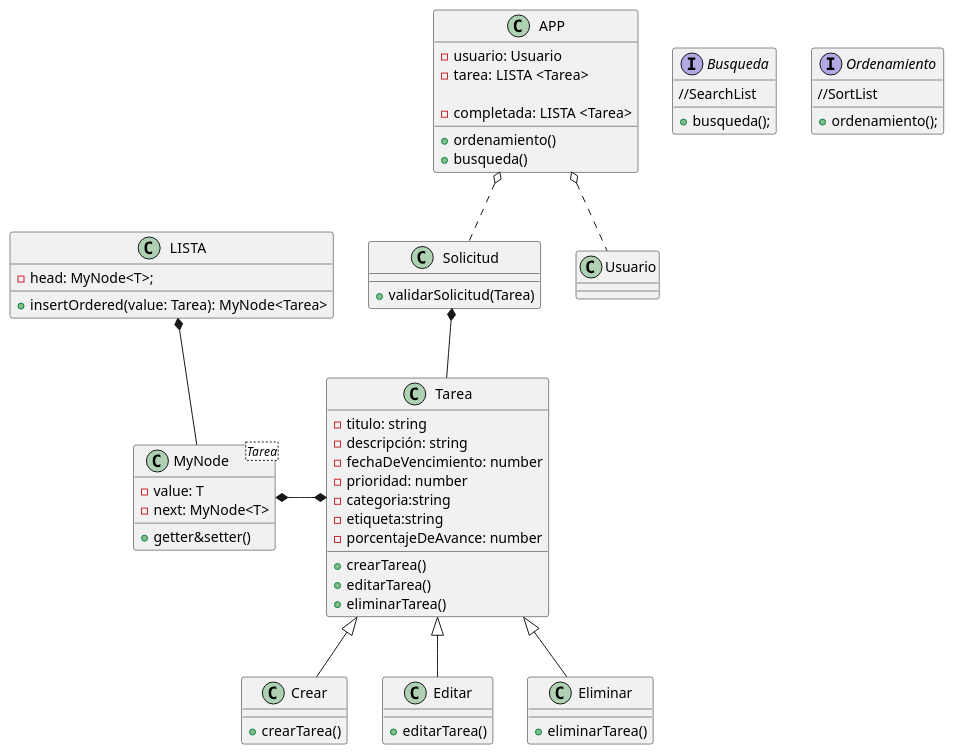
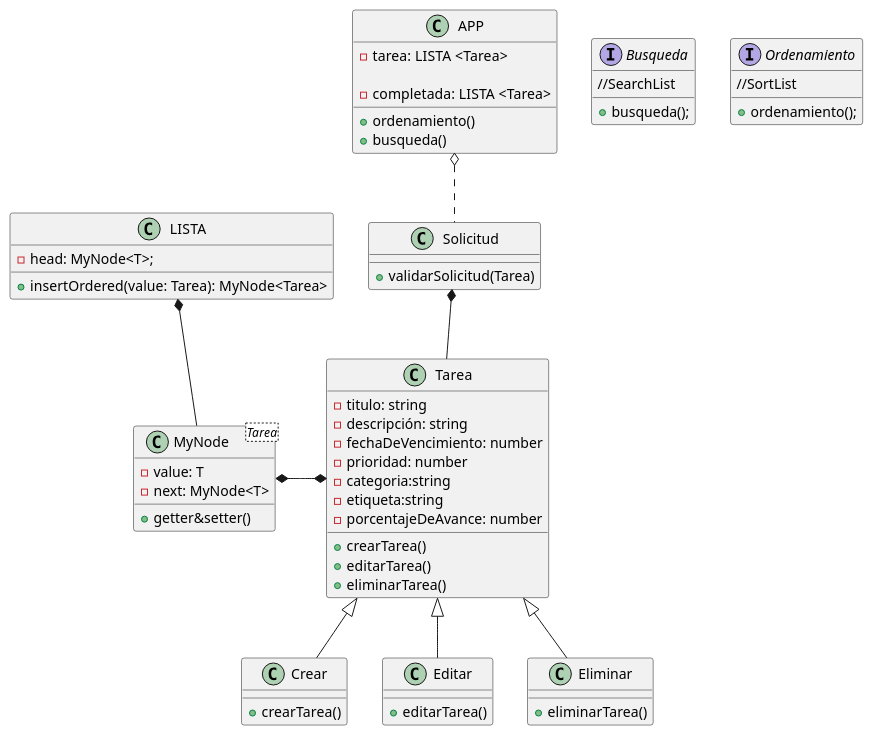
Before and after one commit to LucasFrey-tech/TODO-LIST: the diagram in Diagram/Diagrama.puml, drawn with PlantUML. The commit also changed 7 other files, not shown here.

```diff
--- a/Diagram/Diagrama.puml
+++ b/Diagram/Diagrama.puml
@@ -1,83 +1,81 @@
 @startuml TaskerApp
 
 class APP{
-    - usuario: Usuario
     - tarea: LISTA <Tarea>
 
     - completada: LISTA <Tarea>
     
     + ordenamiento()
     + busqueda()
 }
 
 class Solicitud {
     + validarSolicitud(Tarea)
 }
 
 'ver si es clase abstracta o anormal
 
 class Tarea{
     - titulo: string
     - descripción: string
     - fechaDeVencimiento: number
     - prioridad: number
     - categoria:string
     - etiqueta:string
     - porcentajeDeAvance: number
 
     +crearTarea()
     +editarTarea()
     +eliminarTarea()
 
 }
 
 class Crear extends Tarea{
     + crearTarea()
 }
 
 class Editar extends Tarea{
     + editarTarea()
 }
 
 class Eliminar extends Tarea{
     + eliminarTarea()
 }
 
 interface Busqueda{
     + busqueda();
         //SearchList
 
 }
 
 interface Ordenamiento{
     + ordenamiento();
         //SortList
 }
 
 class LISTA{
     - head: MyNode<T>;
     + insertOrdered(value: Tarea): MyNode<Tarea>
 }
 
 class MyNode<Tarea>{
     - value: T
     - next: MyNode<T>
 
     + getter&setter()
 
 }
 
 APP o.. Solicitud
-APP o.. Usuario
 
 
 Solicitud *-d- Tarea
 
 'Busqueda -- 
 'Ordenamiento--
 
 LISTA *-- MyNode
 
 Tarea *-l-* MyNode
 
 @enduml
```
